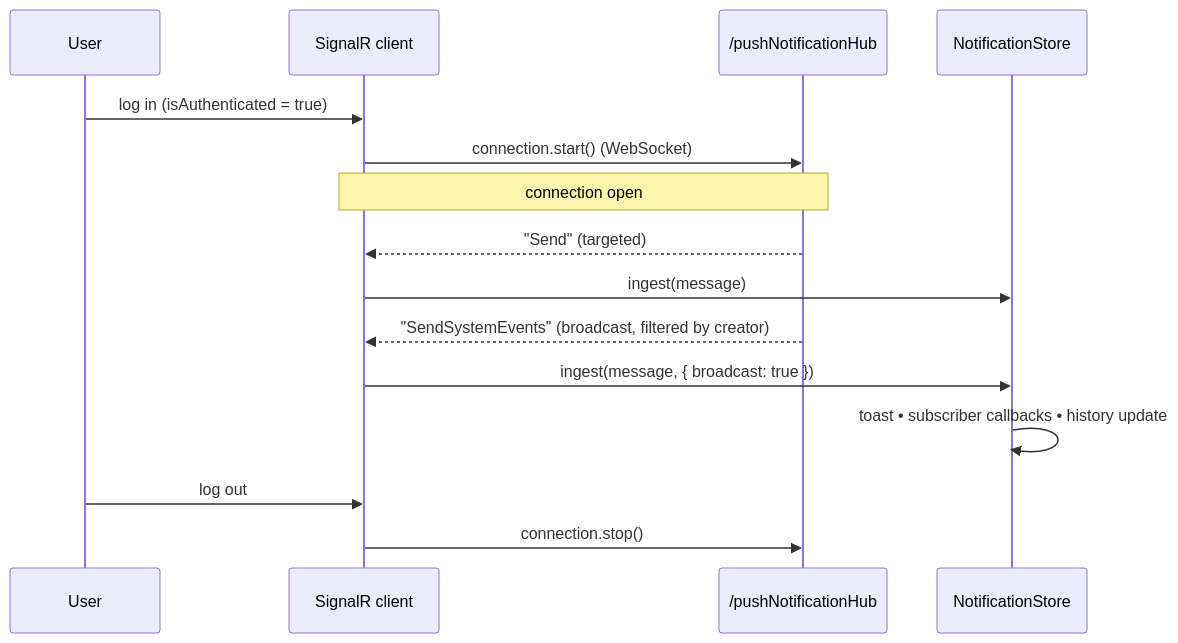
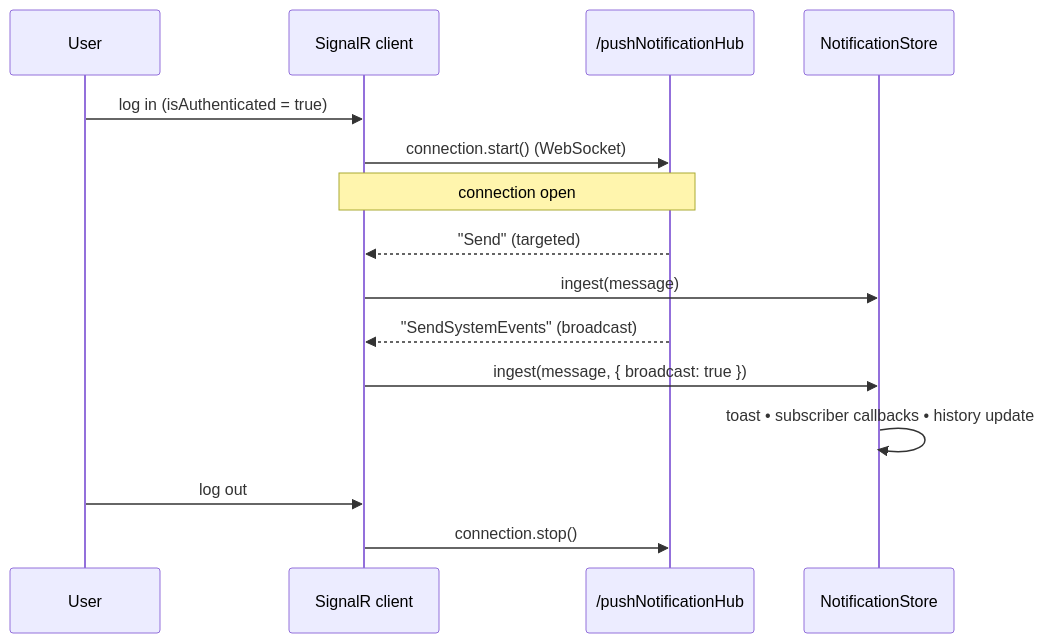
Before and after one commit to VirtoCommerce/vc-shell: the diagram in framework/core/plugins/signalR/signalR.docs.md, drawn with Mermaid. The commit also changed other lines of this file and 114 other files, not shown here.

````diff
--- a/framework/core/plugins/signalR/signalR.docs.md
+++ b/framework/core/plugins/signalR/signalR.docs.md
@@ -70,21 +53,21 @@
 ```mermaid
 sequenceDiagram
     participant U as User
     participant C as SignalR client
     participant Hub as /pushNotificationHub
     participant Store as NotificationStore
 
     U->>C: log in (isAuthenticated = true)
     C->>Hub: connection.start() (WebSocket)
     Note over C,Hub: connection open
 
     Hub-->>C: "Send" (targeted)
     C->>Store: ingest(message)
-    Hub-->>C: "SendSystemEvents" (broadcast, filtered by creator)
+    Hub-->>C: "SendSystemEvents" (broadcast)
     C->>Store: ingest(message, { broadcast: true })
 
     Store->>Store: toast • subscriber callbacks • history update
 
     U->>C: log out
     C->>Hub: connection.stop()
 ```
````
